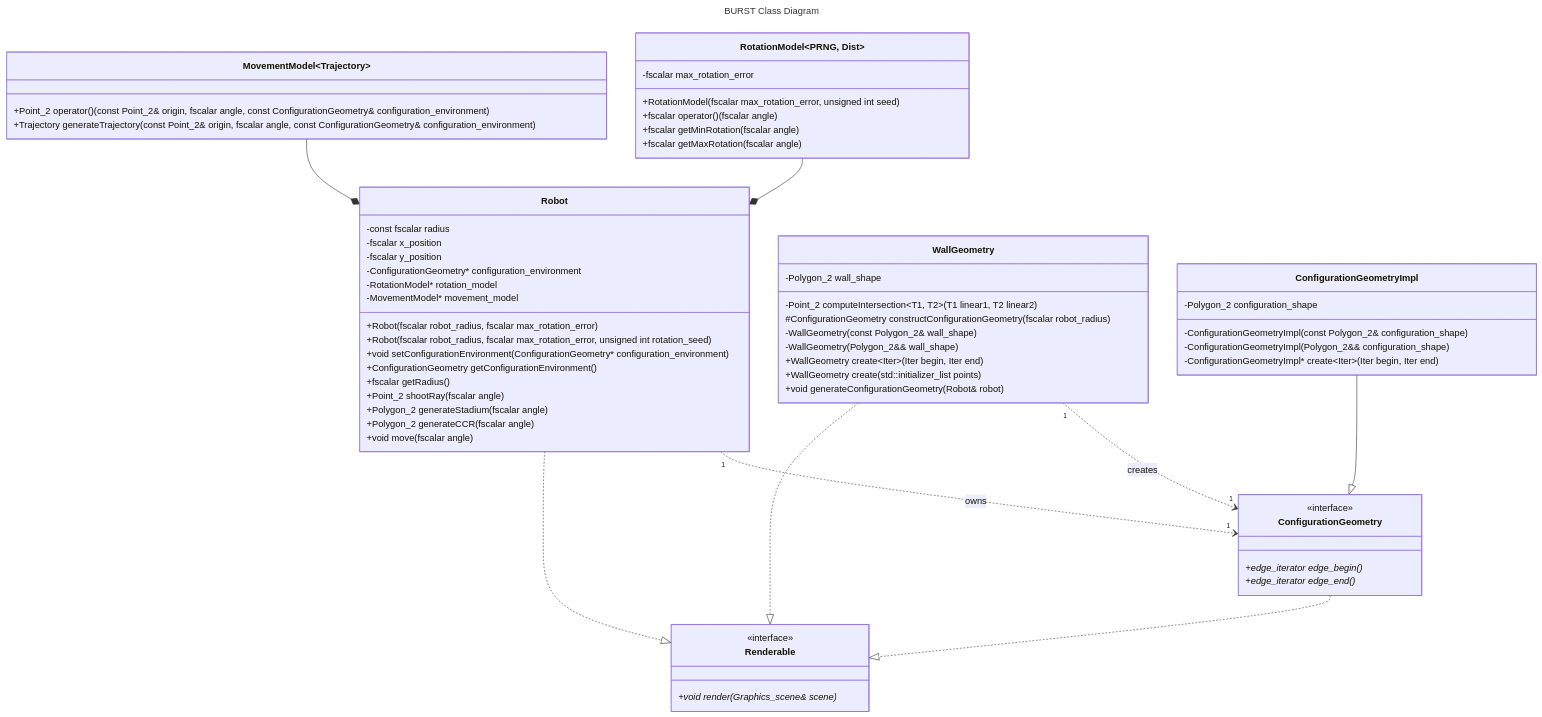
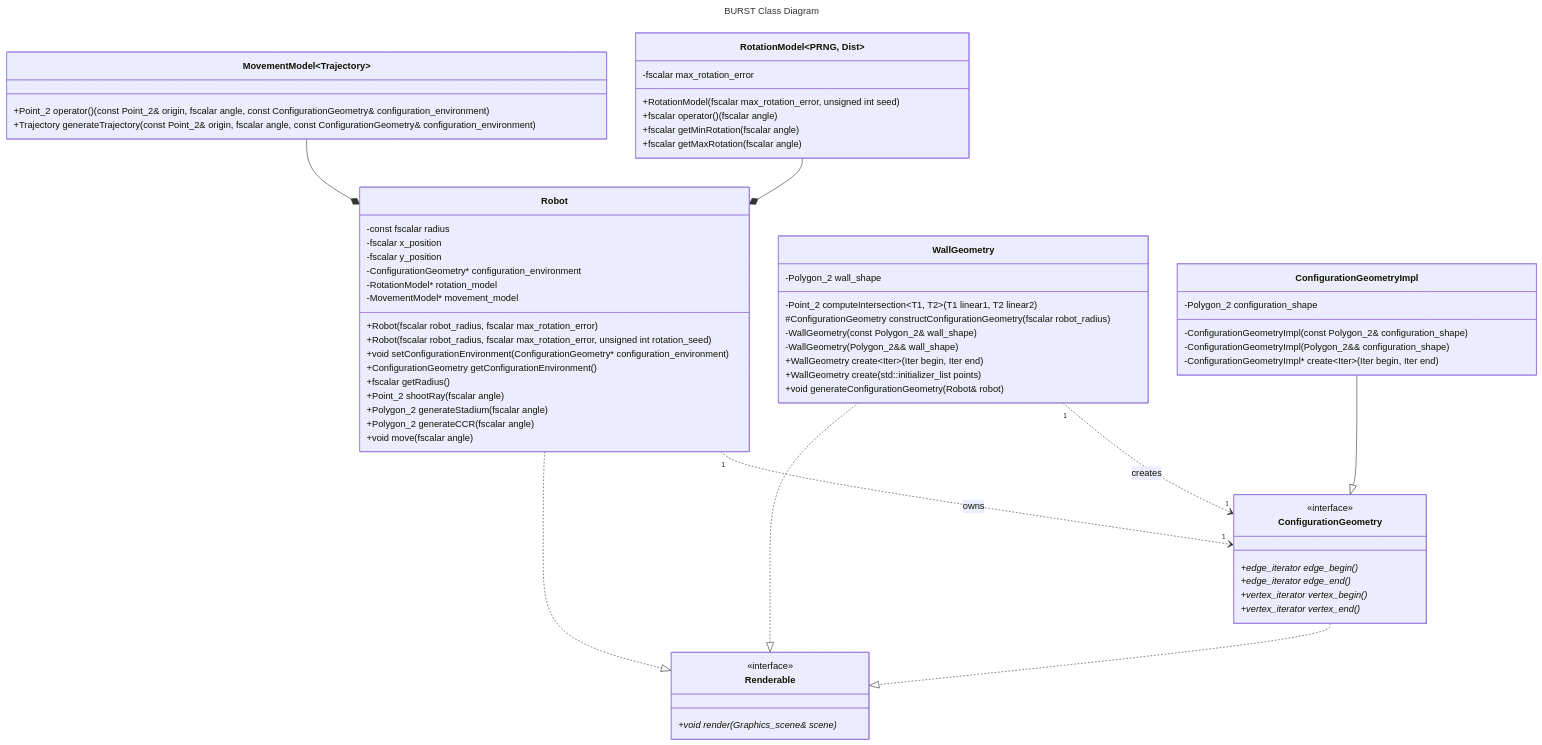
The diagram in docs/DESIGN.md (KedarPanchal/DAIR-BURST), drawn with Mermaid before and after one commit. The commit also changed 2 other files, not shown here.

Commit message:
Add vertex iterators to configuration_geometry

````diff
--- a/docs/DESIGN.md
+++ b/docs/DESIGN.md
@@ -16,78 +16,80 @@
 ```mermaid
 ---
 title: BURST Class Diagram
 ---
 classDiagram
     direction TD
     class RotationModel~PRNG, Dist~ {
         -fscalar max_rotation_error
         
         +RotationModel(fscalar max_rotation_error, unsigned int seed)
         +fscalar operator() (fscalar angle)
         +fscalar getMinRotation(fscalar angle)
         +fscalar getMaxRotation(fscalar angle)
     }
     
     class MovementModel~Trajectory~ {
         +Point_2 operator() (const Point_2& origin, fscalar angle, const ConfigurationGeometry& configuration_environment)
         +Trajectory generateTrajectory(const Point_2& origin, fscalar angle, const ConfigurationGeometry& configuration_environment)
     }
 
     class Renderable {
         +void render(Graphics_scene& scene)*
     }
     <<interface>> Renderable
 
     class Robot {
         -const fscalar radius
         -fscalar x_position
         -fscalar y_position
         -ConfigurationGeometry* configuration_environment
         -RotationModel* rotation_model
         -MovementModel* movement_model
 
         +Robot(fscalar robot_radius, fscalar max_rotation_error)
         +Robot(fscalar robot_radius, fscalar max_rotation_error, unsigned int rotation_seed)
         +void setConfigurationEnvironment(ConfigurationGeometry* configuration_environment)
         +ConfigurationGeometry getConfigurationEnvironment()
         +fscalar getRadius()
         +Point_2 shootRay(fscalar angle)
         +Polygon_2 generateStadium(fscalar angle)
         +Polygon_2 generateCCR(fscalar angle)
         +void move(fscalar angle)
     }
     Robot ..|> Renderable
     MovementModel --* Robot
     RotationModel --* Robot
 
     class WallGeometry {
         -Polygon_2 wall_shape
 
         -Point_2 computeIntersection~T1, T2~(T1 linear1, T2 linear2)
         #ConfigurationGeometry constructConfigurationGeometry(fscalar robot_radius)
         -WallGeometry(const Polygon_2& wall_shape)
         -WallGeometry(Polygon_2&& wall_shape)
         +WallGeometry create~Iter~(Iter begin, Iter end)
         +WallGeometry create(std::initializer_list<Point_2> points)
         +void generateConfigurationGeometry(Robot& robot)
     }
     WallGeometry ..|> Renderable
 
     class ConfigurationGeometry {
         +edge_iterator edge_begin()*
         +edge_iterator edge_end()*
+        +vertex_iterator vertex_begin()*
+        +vertex_iterator vertex_end()*
     }
     <<interface>> ConfigurationGeometry
     ConfigurationGeometry ..|> Renderable
     WallGeometry "1" ..> "1" ConfigurationGeometry : creates
     Robot "1" ..> "1" ConfigurationGeometry : owns
 
     class ConfigurationGeometryImpl {
         -Polygon_2 configuration_shape
 
         -ConfigurationGeometryImpl(const Polygon_2& configuration_shape)
         -ConfigurationGeometryImpl(Polygon_2&& configuration_shape)
         -ConfigurationGeometryImpl* create~Iter~(Iter begin, Iter end)
     }
     ConfigurationGeometryImpl --|> ConfigurationGeometry
 ```
````
